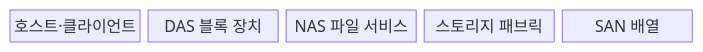
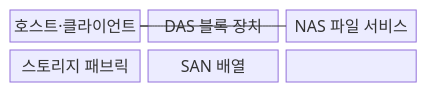
Before and after one commit to agnusdei1207/knowledge-base: the first of 2 diagrams in src/content/docs/notes/02-hardware/080_storage_das_nas_san.md, drawn with Mermaid. The commit also changed other lines of this file and 86 other files, not shown here.

````diff
--- a/src/content/docs/notes/02-hardware/080_storage_das_nas_san.md
+++ b/src/content/docs/notes/02-hardware/080_storage_das_nas_san.md
@@ -67,9 +67,12 @@
 ```mermaid
-block
-  columns 5
+block-beta
+  columns 3
   A["호스트·클라이언트"]
   B["DAS 블록 장치"]
   C["NAS 파일 서비스"]
   D["스토리지 패브릭"]
   E["SAN 배열"]
+  A --- B
+  A --- C
+  A --- D --- E
 ```
````
